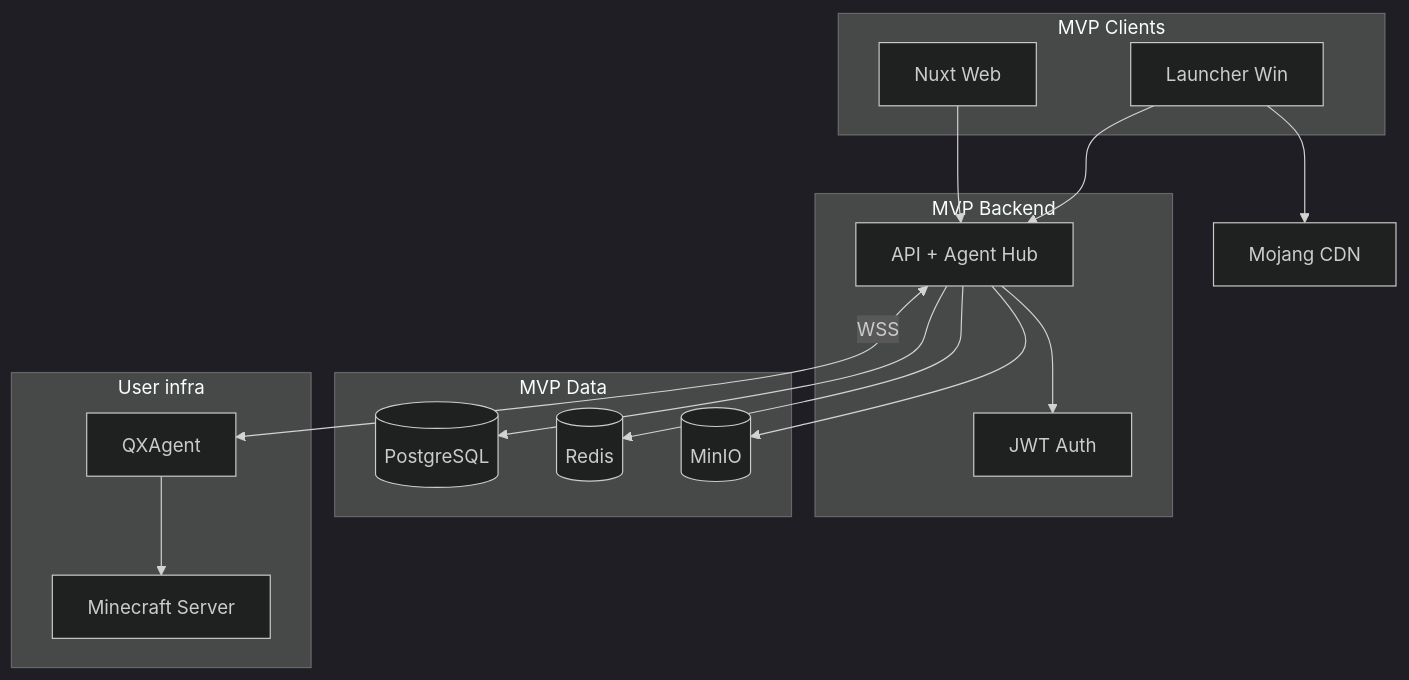
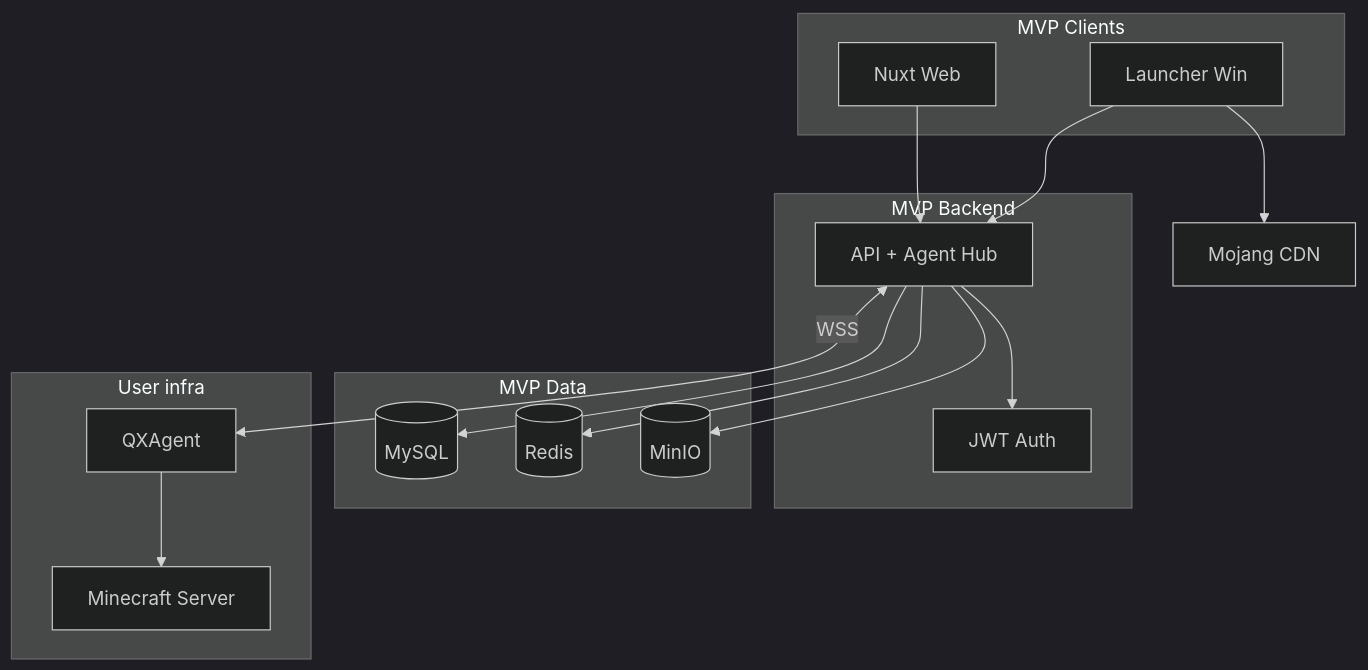
One commit to mindevis/qx-project changed the first of 2 diagrams in docs/mvp.md. Above: the diagram before and after it, drawn with Mermaid (dark theme). The commit also changed other lines of this file and 10 other files, not shown here.

````diff
--- a/docs/mvp.md
+++ b/docs/mvp.md
@@ -101,33 +101,33 @@
 ```mermaid
 flowchart TB
     subgraph mvp_clients [MVP Clients]
         Web[Nuxt Web]
         Launcher[Launcher Win]
     end
 
     subgraph mvp_backend [MVP Backend]
         API[API + Agent Hub]
         Auth[JWT Auth]
     end
 
     subgraph mvp_data [MVP Data]
-        PG[(PostgreSQL)]
+        MySQL[(MySQL)]
         Redis[(Redis)]
         MinIO[(MinIO)]
     end
 
     subgraph mvp_remote [User infra]
         Agent[QXAgent]
         MC[Minecraft Server]
     end
 
     Web --> API
     Launcher --> API
     API --> Auth
-    API --> PG
+    API --> MySQL
     API --> Redis
     API --> MinIO
     API <-->|WSS| Agent
     Agent --> MC
     Launcher --> Mojang[Mojang CDN]
 ```
````
